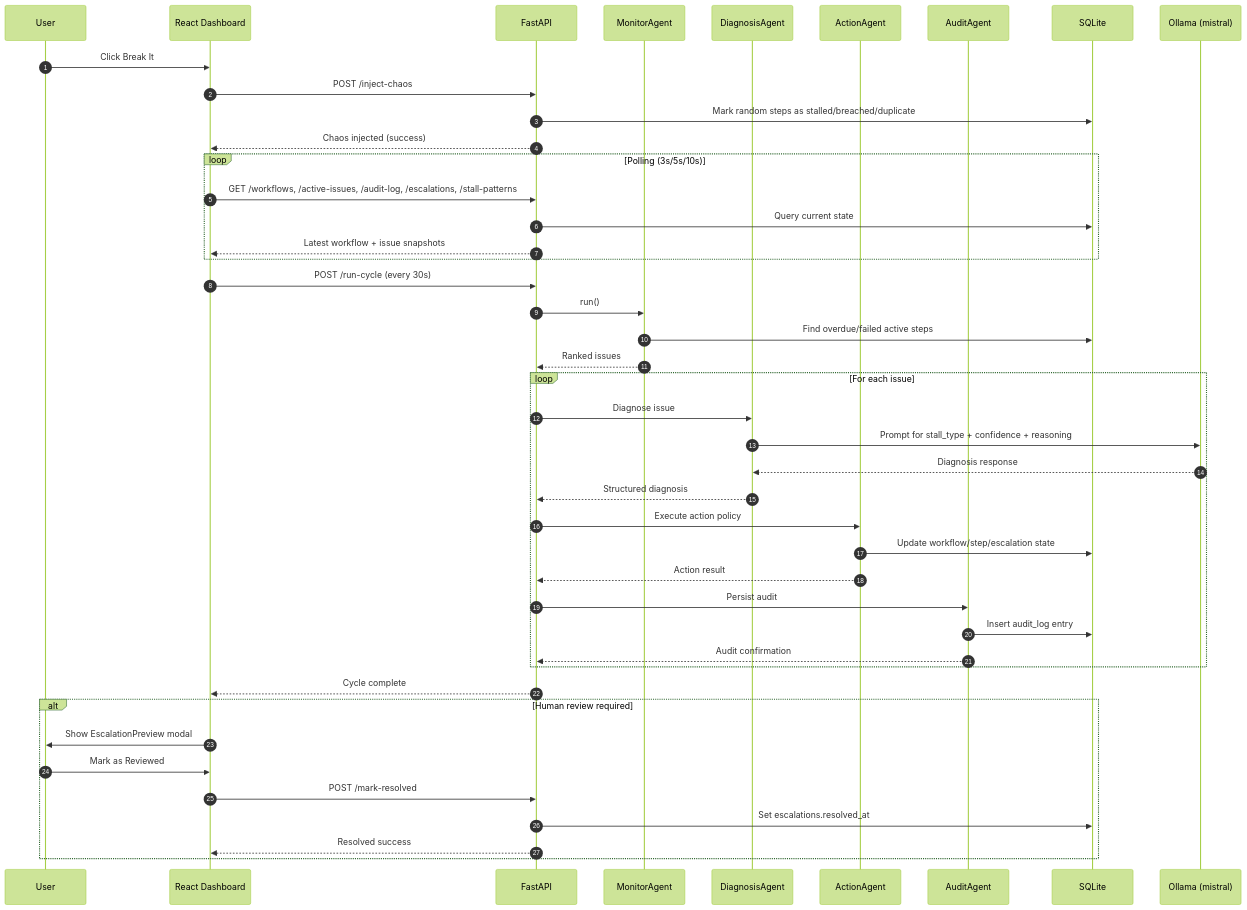
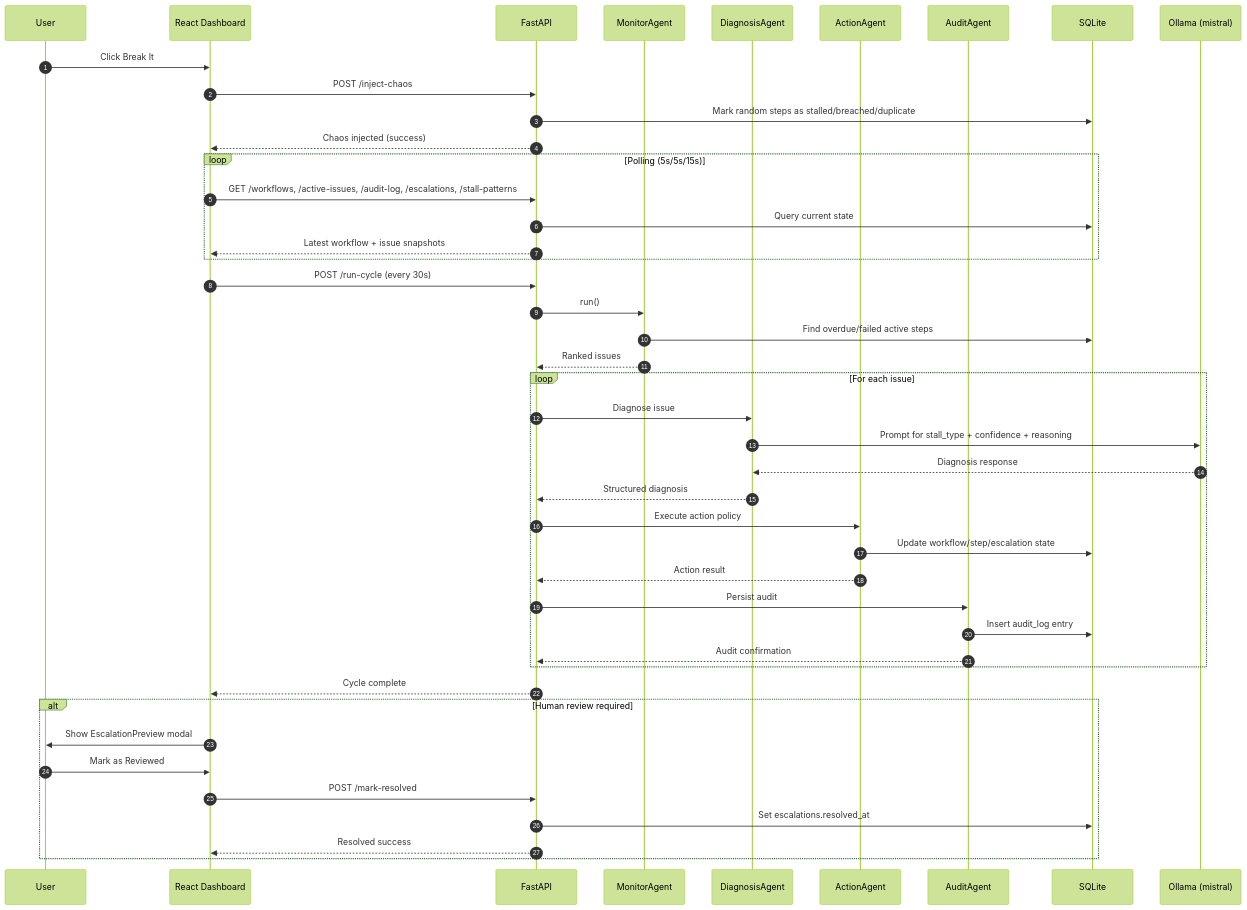
Before and after one commit to asmiverma/process-autopsy-agent: the second of 2 diagrams in docs/system-architecture.md, drawn with Mermaid (forest theme). The commit also changed other lines of this file and 4 other files, not shown here.

````diff
--- a/docs/system-architecture.md
+++ b/docs/system-architecture.md
@@ -67,54 +67,54 @@
 ```mermaid
 sequenceDiagram
     autonumber
     participant User
     participant UI as React Dashboard
     participant API as FastAPI
     participant M as MonitorAgent
     participant D as DiagnosisAgent
     participant A as ActionAgent
     participant Au as AuditAgent
     participant DB as SQLite
     participant LLM as Ollama (mistral)
 
     User->>UI: Click Break It
     UI->>API: POST /inject-chaos
     API->>DB: Mark random steps as stalled/breached/duplicate
     API-->>UI: Chaos injected (success)
 
-    loop Polling (3s/5s/10s)
+    loop Polling (5s/5s/15s)
         UI->>API: GET /workflows, /active-issues, /audit-log, /escalations, /stall-patterns
         API->>DB: Query current state
         API-->>UI: Latest workflow + issue snapshots
     end
 
     UI->>API: POST /run-cycle (every 30s)
     API->>M: run()
     M->>DB: Find overdue/failed active steps
     M-->>API: Ranked issues
 
     loop For each issue
         API->>D: Diagnose issue
         D->>LLM: Prompt for stall_type + confidence + reasoning
         LLM-->>D: Diagnosis response
         D-->>API: Structured diagnosis
 
         API->>A: Execute action policy
         A->>DB: Update workflow/step/escalation state
         A-->>API: Action result
 
         API->>Au: Persist audit
         Au->>DB: Insert audit_log entry
         Au-->>API: Audit confirmation
     end
 
     API-->>UI: Cycle complete
 
     alt Human review required
         UI->>User: Show EscalationPreview modal
         User->>UI: Mark as Reviewed
         UI->>API: POST /mark-resolved
         API->>DB: Set escalations.resolved_at
         API-->>UI: Resolved success
     end
 ```
````
